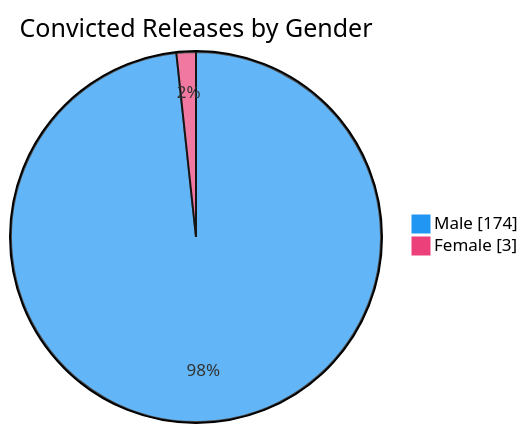
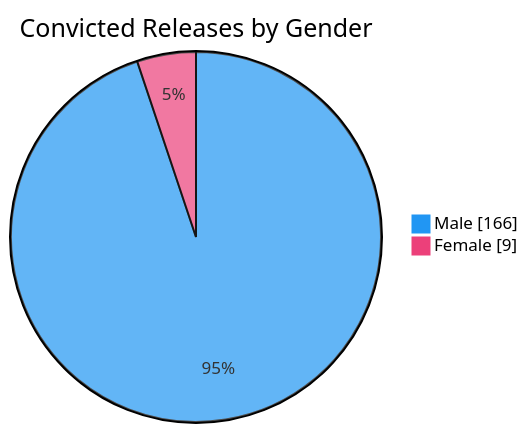
The sixth of 7 diagrams in README.md (nuuuwan/lk_prisons), drawn with Mermaid before and after one commit. The commit also changed other lines of this file and 1 other file, not shown here.

````diff
--- a/README.md
+++ b/README.md
@@ -98,6 +98,6 @@
 ```mermaid
 %%{init: {'themeVariables': {'pie1': '#2196F3', 'pie2': '#EC407A'}}}%%
 pie showData title Convicted Releases by Gender
-    "Male" : 174
-    "Female" : 3
+    "Male" : 166
+    "Female" : 9
 ```
````
